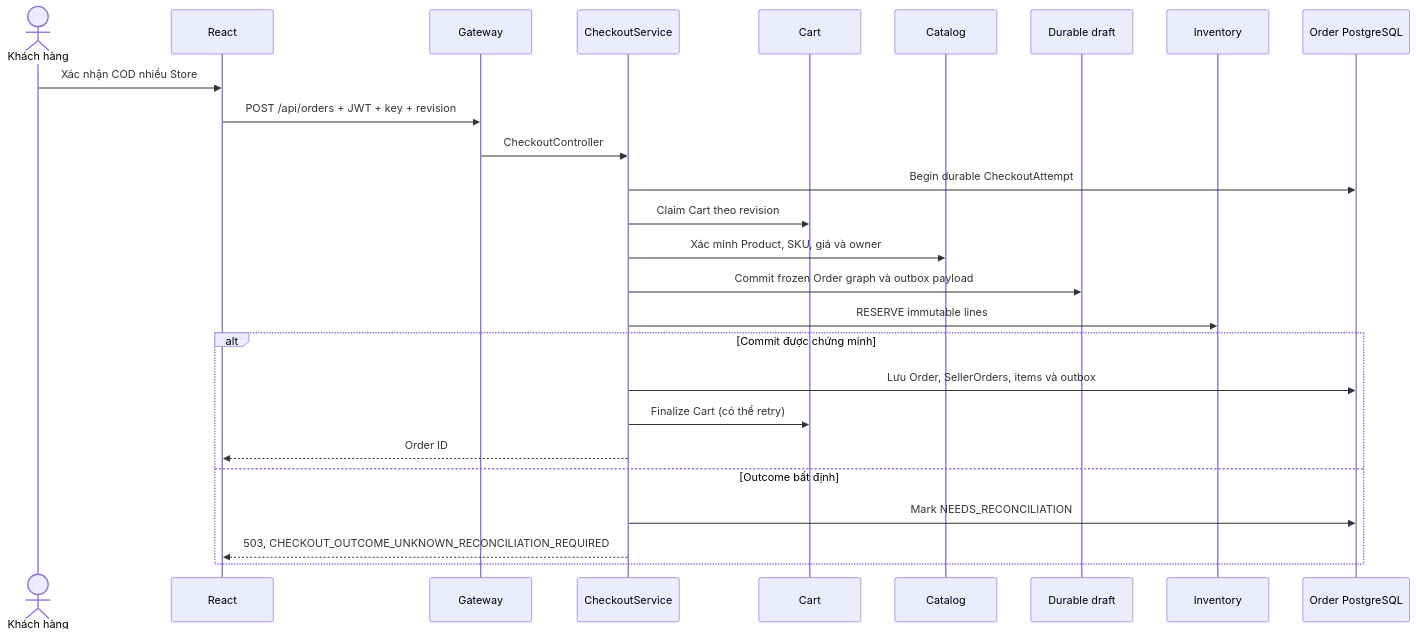
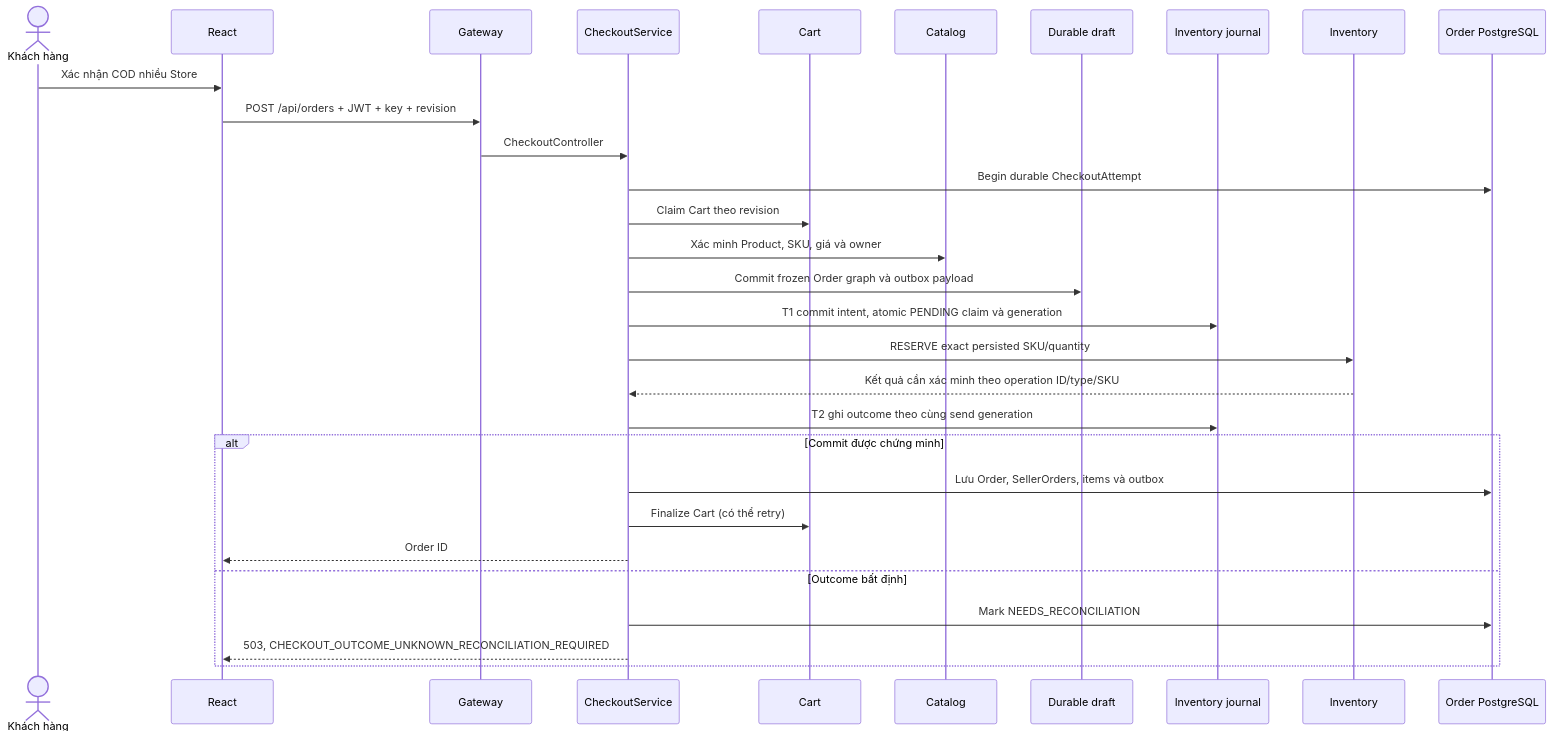
The first of 2 diagrams in docs/project-report/tv3/CHECKOUT.md (duyxl56785/Project_HK5), drawn with Mermaid before and after one commit. The commit also changed other lines of this file and 11 other files, not shown here.

````diff
--- a/docs/project-report/tv3/CHECKOUT.md
+++ b/docs/project-report/tv3/CHECKOUT.md
@@ -28,28 +28,32 @@
 ```mermaid
 sequenceDiagram
     actor Khach as Khách hàng
     participant UI as React
     participant G as Gateway
     participant O as CheckoutService
     participant C as Cart
     participant P as Catalog
     participant J as Durable draft
+    participant L as Inventory journal
     participant I as Inventory
     participant DB as Order PostgreSQL
     Khach->>UI: Xác nhận COD nhiều Store
     UI->>G: POST /api/orders + JWT + key + revision
     G->>O: CheckoutController
     O->>DB: Begin durable CheckoutAttempt
     O->>C: Claim Cart theo revision
     O->>P: Xác minh Product, SKU, giá và owner
     O->>J: Commit frozen Order graph và outbox payload
-    O->>I: RESERVE immutable lines
+    O->>L: T1 commit intent, atomic PENDING claim và generation
+    O->>I: RESERVE exact persisted SKU/quantity
+    I-->>O: Kết quả cần xác minh theo operation ID/type/SKU
+    O->>L: T2 ghi outcome theo cùng send generation
     alt Commit được chứng minh
         O->>DB: Lưu Order, SellerOrders, items và outbox
         O->>C: Finalize Cart (có thể retry)
         O-->>UI: Order ID
     else Outcome bất định
         O->>DB: Mark NEEDS_RECONCILIATION
         O-->>UI: 503, CHECKOUT_OUTCOME_UNKNOWN_RECONCILIATION_REQUIRED
     end
 ```
````
